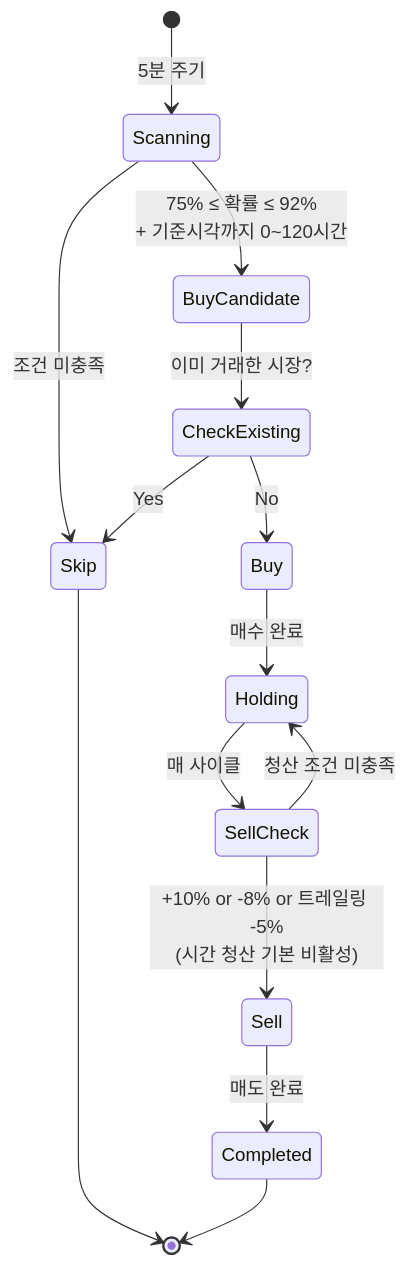
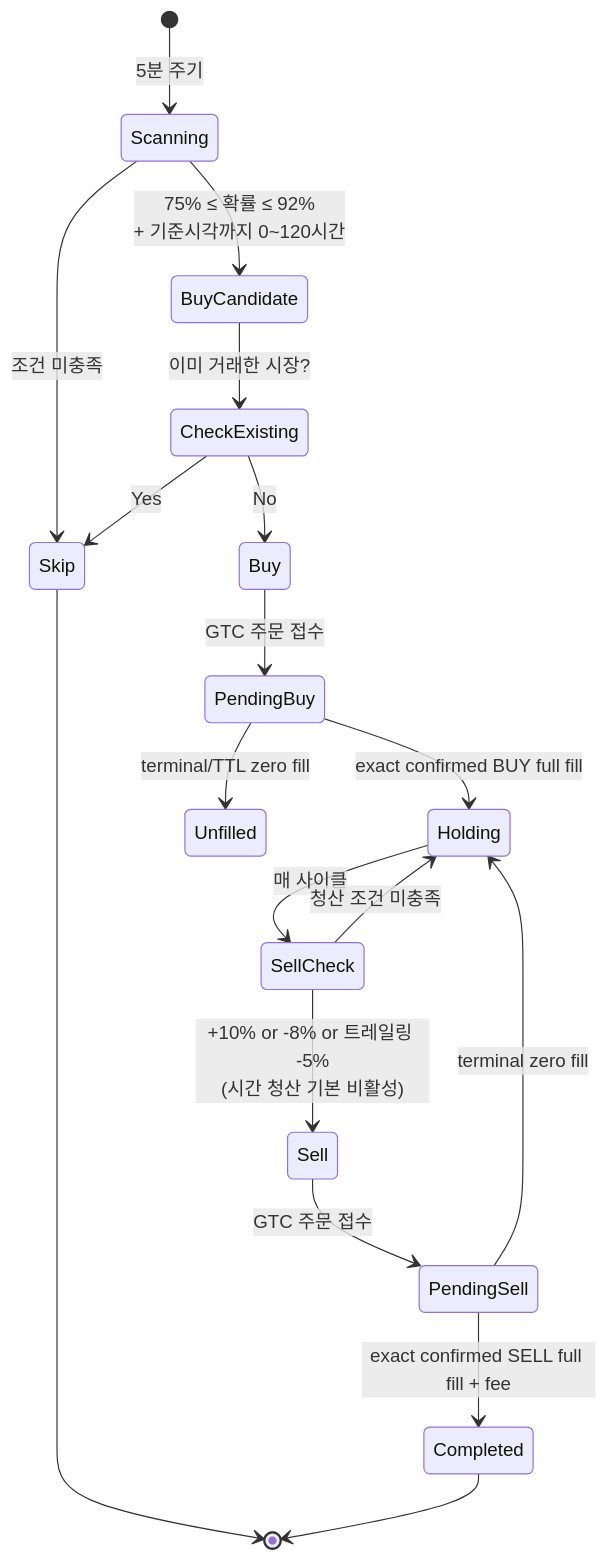
One commit to izowooi/golden-burger changed the second of 2 diagrams in golden-cherry/README.md. Above: the diagram before and after it, drawn with Mermaid. The commit also changed other lines of this file and 18 other files, not shown here.

````diff
--- a/golden-cherry/README.md
+++ b/golden-cherry/README.md
@@ -42,22 +42,26 @@
 ```mermaid
 stateDiagram-v2
     [*] --> Scanning: 5분 주기
 
     Scanning --> BuyCandidate: 75% ≤ 확률 ≤ 92%<br/>+ 기준시각까지 0~120시간
     Scanning --> Skip: 조건 미충족
 
     BuyCandidate --> CheckExisting: 이미 거래한 시장?
     CheckExisting --> Skip: Yes
     CheckExisting --> Buy: No
 
-    Buy --> Holding: 매수 완료
+    Buy --> PendingBuy: GTC 주문 접수
+    PendingBuy --> Holding: exact confirmed BUY full fill
+    PendingBuy --> Unfilled: terminal/TTL zero fill
 
     Holding --> SellCheck: 매 사이클
     SellCheck --> Holding: 청산 조건 미충족
     SellCheck --> Sell: +10% or -8% or 트레일링 -5%<br/>(시간 청산 기본 비활성)
 
-    Sell --> Completed: 매도 완료
+    Sell --> PendingSell: GTC 주문 접수
+    PendingSell --> Completed: exact confirmed SELL full fill + fee
+    PendingSell --> Holding: terminal zero fill
 
     Skip --> [*]
     Completed --> [*]
 ```
````
